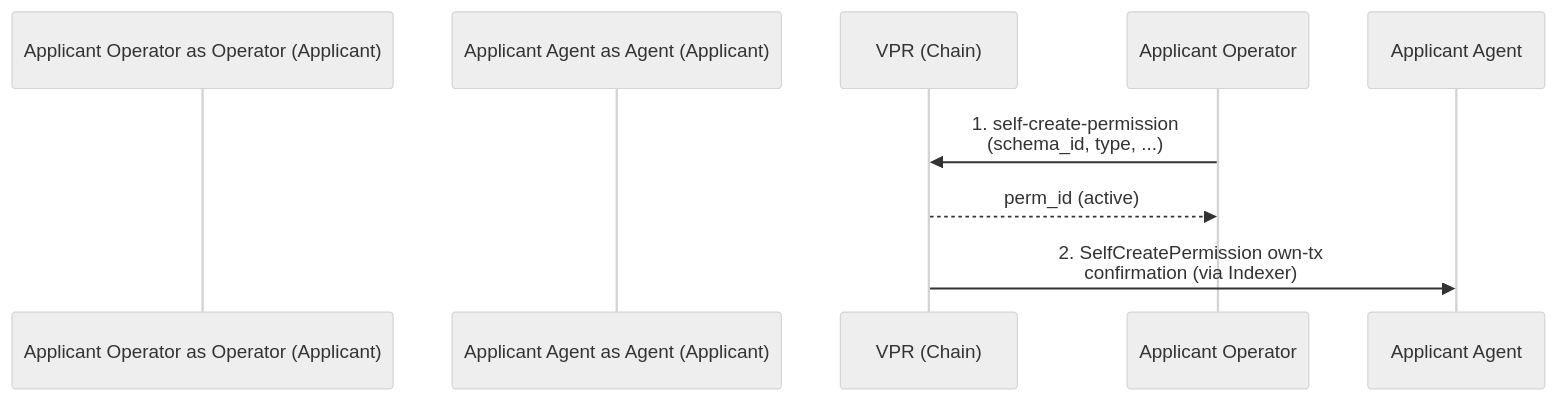
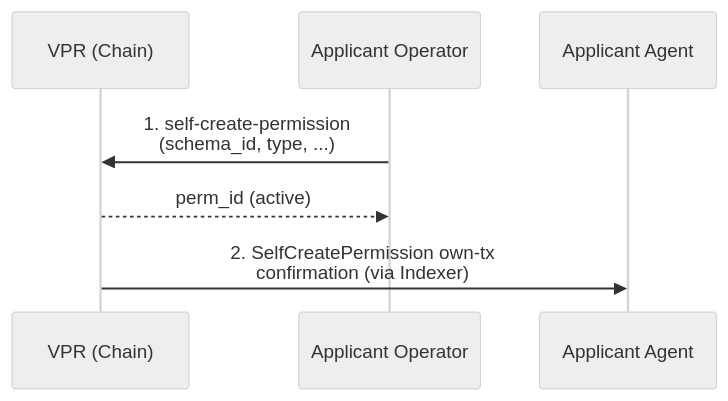
One commit to verana-labs/verana-spec changed the ninth of 10 diagrams in v4/vs-agent/spec.md. Above: the diagram before and after it, drawn with Mermaid (neutral theme).

Commit message:
feat: flow fix

````diff
--- a/v4/vs-agent/spec.md
+++ b/v4/vs-agent/spec.md
@@ -637,10 +637,8 @@
 ```mermaid
 sequenceDiagram
-    participant Applicant Operator as Operator (Applicant)
-    participant Applicant Agent as Agent (Applicant)
     participant VPR as VPR (Chain)
 
     Applicant Operator->>VPR: 1. self-create-permission<br/>(schema_id, type, ...)
     VPR-->>Applicant Operator: perm_id (active)
     VPR->>Applicant Agent: 2. SelfCreatePermission own-tx<br/>confirmation (via Indexer)
 ```
````
